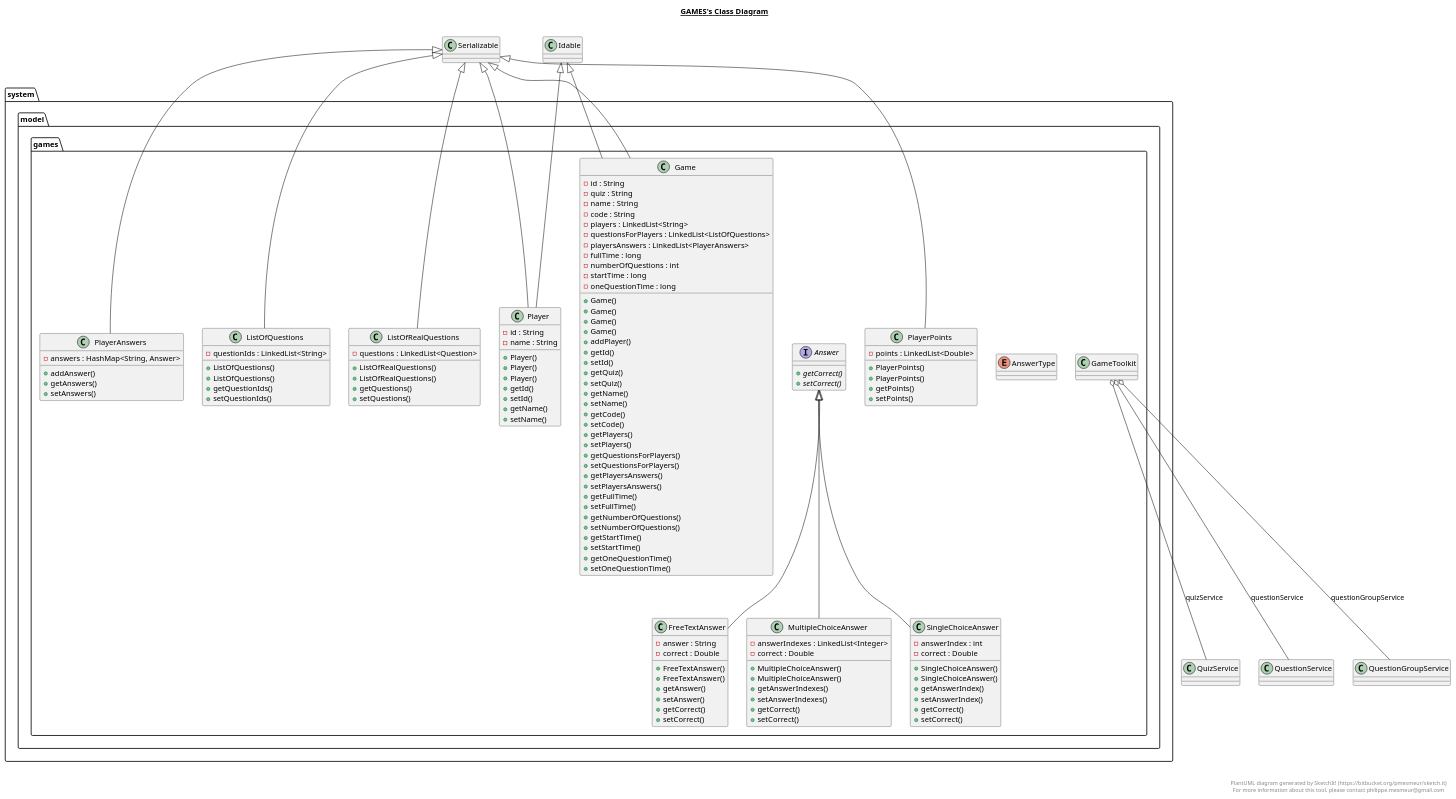
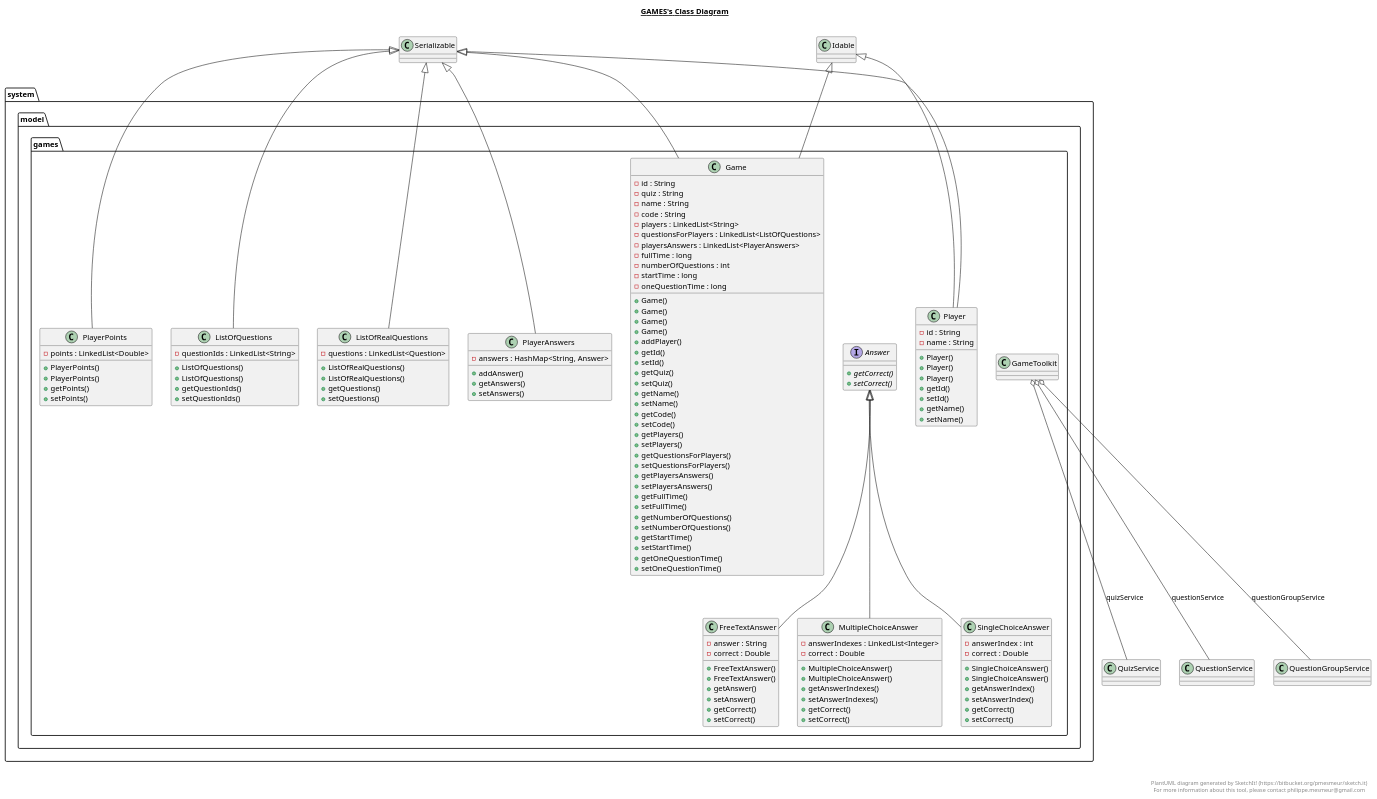
The diagram in src/main/java/system/model/games/games.plantuml (berl-a/DiplomaBackend), drawn with PlantUML before and after one commit. The commit also changed 601 other files, not shown here.

```diff
--- a/src/main/java/system/model/games/games.plantuml
+++ b/src/main/java/system/model/games/games.plantuml
@@ -7,14 +7,6 @@
       interface Answer {
           {abstract} + getCorrect()
           {abstract} + setCorrect()
-      }
-    }
-  }
-  
-
-  package system.model {
-    package system.model.games {
-      enum AnswerType {
       }
     }
   }
```
